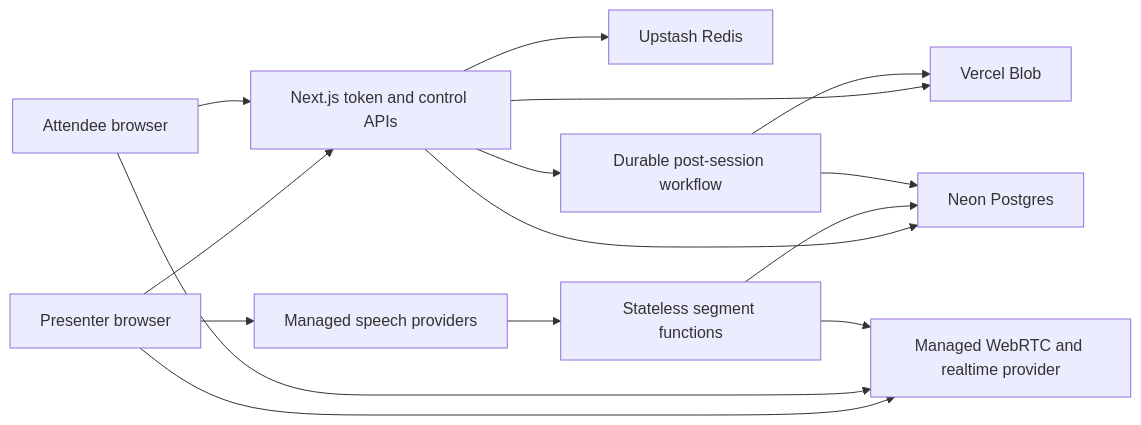
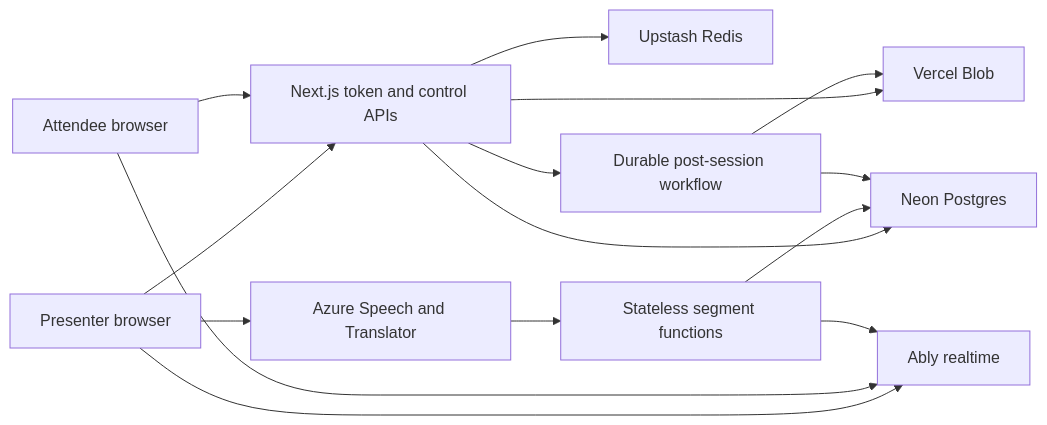
One commit to vins13pattar/prastuti changed the diagram in docs/architecture/serverless.md. Above: the diagram before and after it, drawn with Mermaid. The commit also changed other lines of this file and 6 other files, not shown here.

````diff
--- a/docs/architecture/serverless.md
+++ b/docs/architecture/serverless.md
@@ -11,17 +11,17 @@
 ```mermaid
 flowchart LR
     presenter["Presenter browser"] --> token["Next.js token and control APIs"]
     attendee["Attendee browser"] --> token
     token --> db["Neon Postgres"]
     token --> ephemeral["Upstash Redis"]
-    presenter --> media["Managed WebRTC and realtime provider"]
+    presenter --> media["Ably realtime"]
     attendee --> media
-    presenter --> speech["Managed speech providers"]
+    presenter --> speech["Azure Speech and Translator"]
     speech --> segment["Stateless segment functions"]
     segment --> media
     segment --> db
     token --> blob["Vercel Blob"]
     token --> workflow["Durable post-session workflow"]
     workflow --> db
     workflow --> blob
 ```
````
